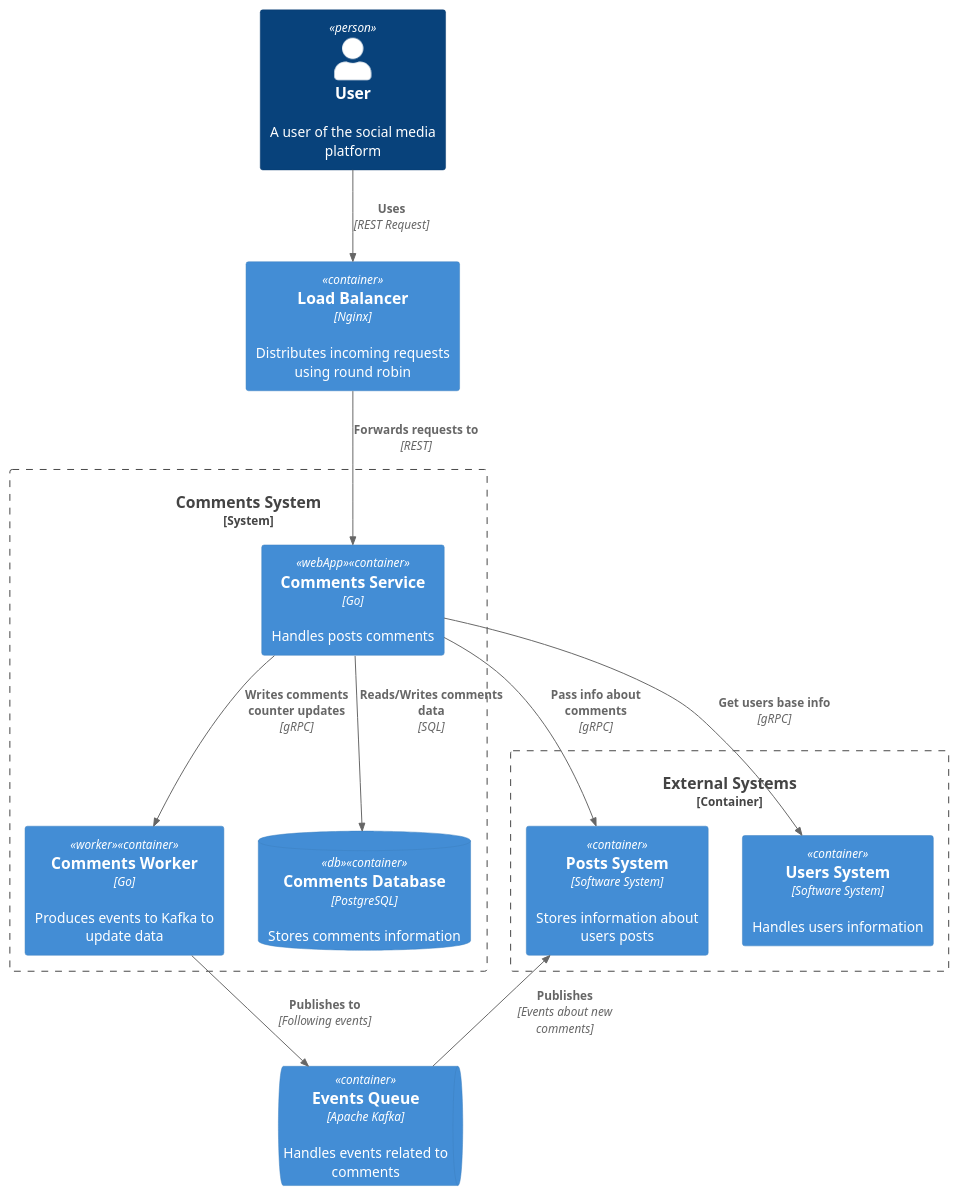
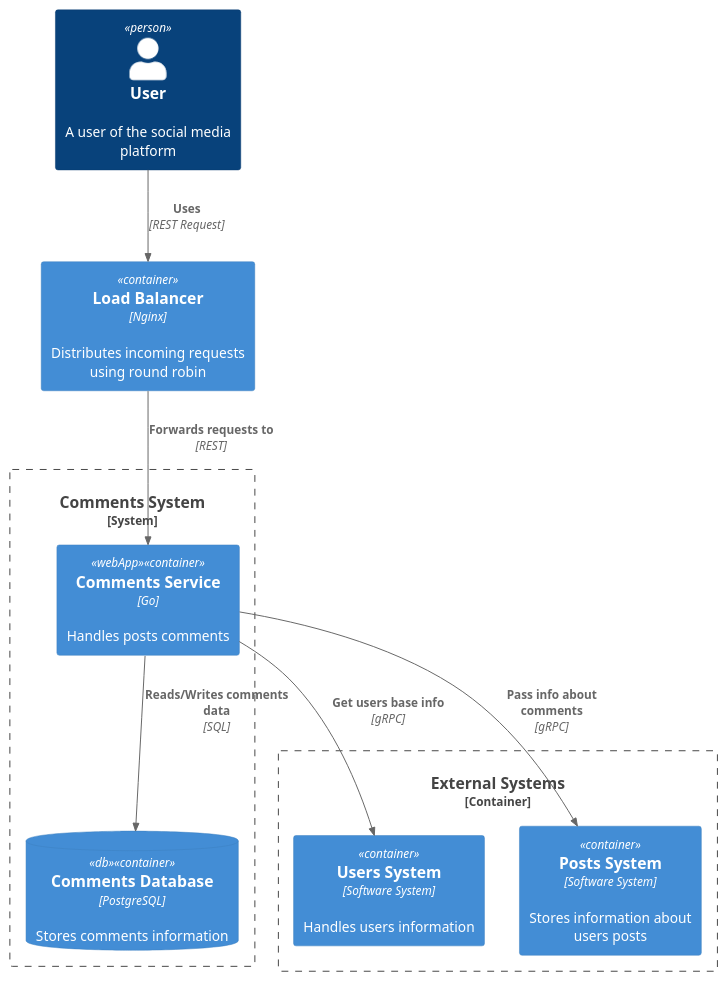
The diagram in architecture/comments/comments.puml (Sly-al/social_network_system_design), drawn with PlantUML before and after one commit. The commit also changed 9 other files, not shown here.

```diff
--- a/architecture/comments/comments.puml
+++ b/architecture/comments/comments.puml
@@ -1,33 +1,27 @@
 @startuml
 !include https://raw.githubusercontent.com/plantuml-stdlib/C4-PlantUML/master/C4_Container.puml
 
 Person(user, "User", "A user of the social media platform")
 
 Container(loadBalancer, "Load Balancer", "Nginx", "Distributes incoming requests using round robin")
 
 System_Boundary(commentsSystem, "Comments System") {
     Container(commentsService, "Comments Service", "Go", "Handles posts comments", $tags="webApp")
-    Container(commentsWorker, "Comments Worker", "Go", "Produces events to Kafka to update data", $tags="worker")
     ContainerDb(commentsDatabase, "Comments Database", "PostgreSQL", "Stores comments information", $tags="db")
 }
 
 Container_Boundary(externalSystems, "External Systems") {
     Container(usersSystem, "Users System", "Software System", "Handles users information")
     Container(postsSystem, "Posts System", "Software System", "Stores information about users posts")
 }
 
-ContainerQueue(messageQueue, "Events Queue", "Apache Kafka", "Handles events related to comments")
-
 Rel(user, loadBalancer, "Uses", "REST Request")
 Rel(loadBalancer, commentsService, "Forwards requests to", "REST")
 
 Rel(commentsService, commentsDatabase, "Reads/Writes comments data", "SQL")
-Rel(commentsService, commentsWorker, "Writes comments counter updates", "gRPC")
 
 Rel(commentsService, usersSystem, "Get users base info", "gRPC")
 Rel(commentsService, postsSystem, "Pass info about comments", "gRPC")
 
-Rel_U(messageQueue, postsSystem, "Publishes", "Events about new comments")
-Rel_D(commentsWorker, messageQueue, "Publishes to", "Following events")
 
 @enduml
```
